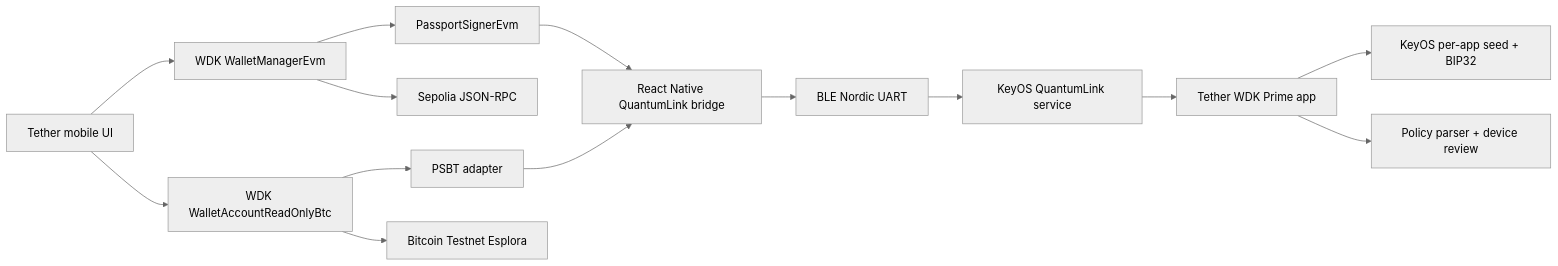
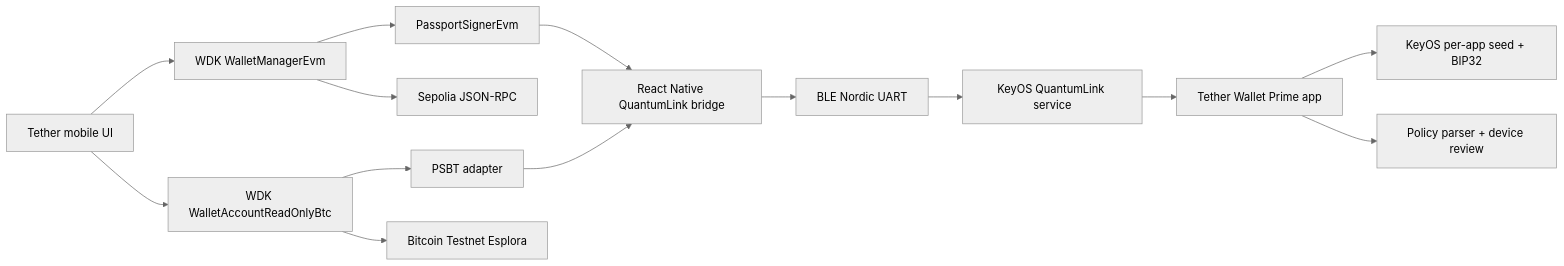
One commit to Foundation-Devices/passport-tether-wdk changed the diagram in docs/ARCHITECTURE.md. Above: the diagram before and after it, drawn with Mermaid (neutral theme). The commit also changed 18 other files, not shown here.

First line of the commit message:
Present both apps as Tether Wallet and document what a clone needs

````diff
--- a/docs/ARCHITECTURE.md
+++ b/docs/ARCHITECTURE.md
@@ -5,16 +5,16 @@
 ```mermaid
 flowchart LR
     UI["Tether mobile UI"] --> EVM["WDK WalletManagerEvm"]
     UI --> BTC["WDK WalletAccountReadOnlyBtc"]
     EVM --> PS["PassportSignerEvm"]
     BTC --> BP["PSBT adapter"]
     PS --> RN["React Native QuantumLink bridge"]
     BP --> RN
     RN --> BLE["BLE Nordic UART"]
     BLE --> QS["KeyOS QuantumLink service"]
-    QS --> PA["Tether WDK Prime app"]
+    QS --> PA["Tether Wallet Prime app"]
     PA --> KD["KeyOS per-app seed + BIP32"]
     PA --> RV["Policy parser + device review"]
     EVM --> RPC["Sepolia JSON-RPC"]
     BTC --> IDX["Bitcoin Testnet Esplora"]
 ```
````
